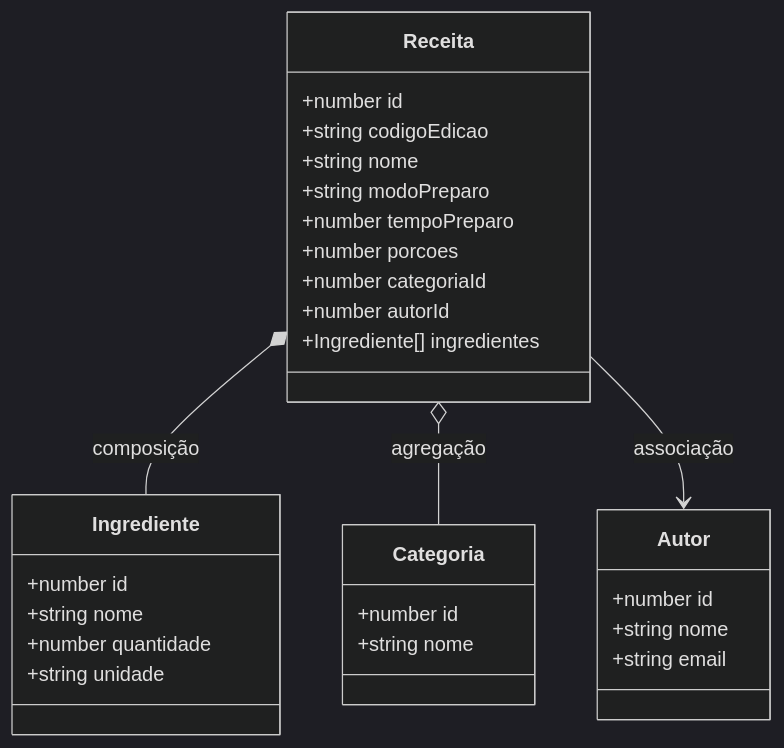
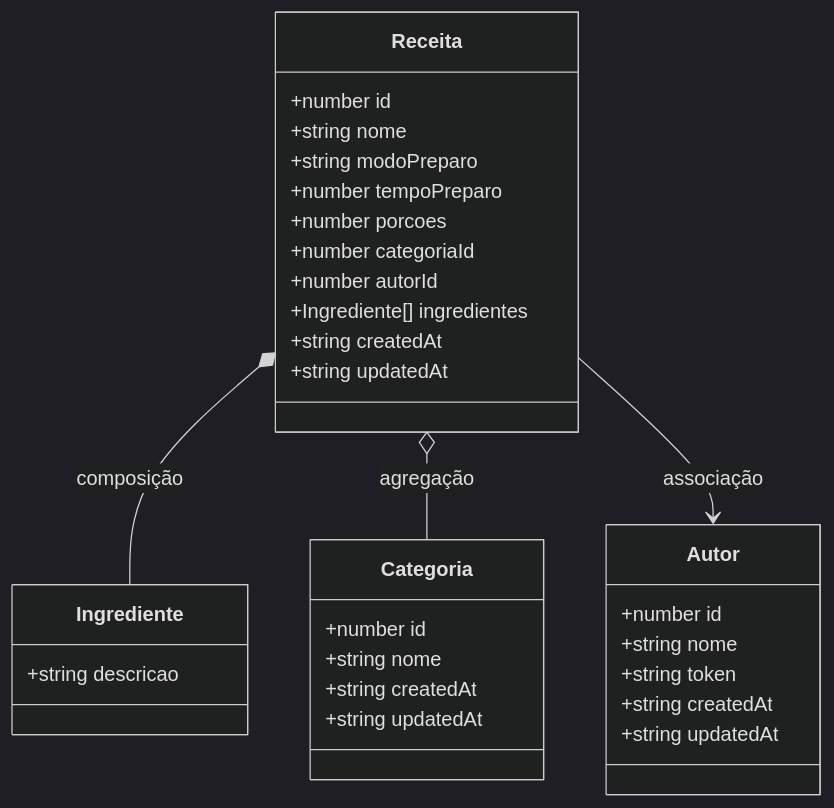
Before and after one commit to arlissondiogo/vegRecipes: the second of 2 diagrams in README.md, drawn with Mermaid (dark theme). The commit also changed other lines of this file and 22 other files, not shown here.

````diff
--- a/README.md
+++ b/README.md
@@ -163,36 +173,38 @@
 ```mermaid
 classDiagram
     class Receita {
         +number id
-        +string codigoEdicao
         +string nome
         +string modoPreparo
         +number tempoPreparo
         +number porcoes
         +number categoriaId
         +number autorId
         +Ingrediente[] ingredientes
+        +string createdAt
+        +string updatedAt
     }
 
     class Ingrediente {
-        +number id
-        +string nome
-        +number quantidade
-        +string unidade
+        +string descricao
     }
 
     class Categoria {
         +number id
         +string nome
+        +string createdAt
+        +string updatedAt
     }
 
     class Autor {
         +number id
         +string nome
-        +string email
+        +string token
+        +string createdAt
+        +string updatedAt
     }
 
     Receita *-- Ingrediente : composição
     Receita o-- Categoria : agregação
     Receita --> Autor : associação
 ```
````
